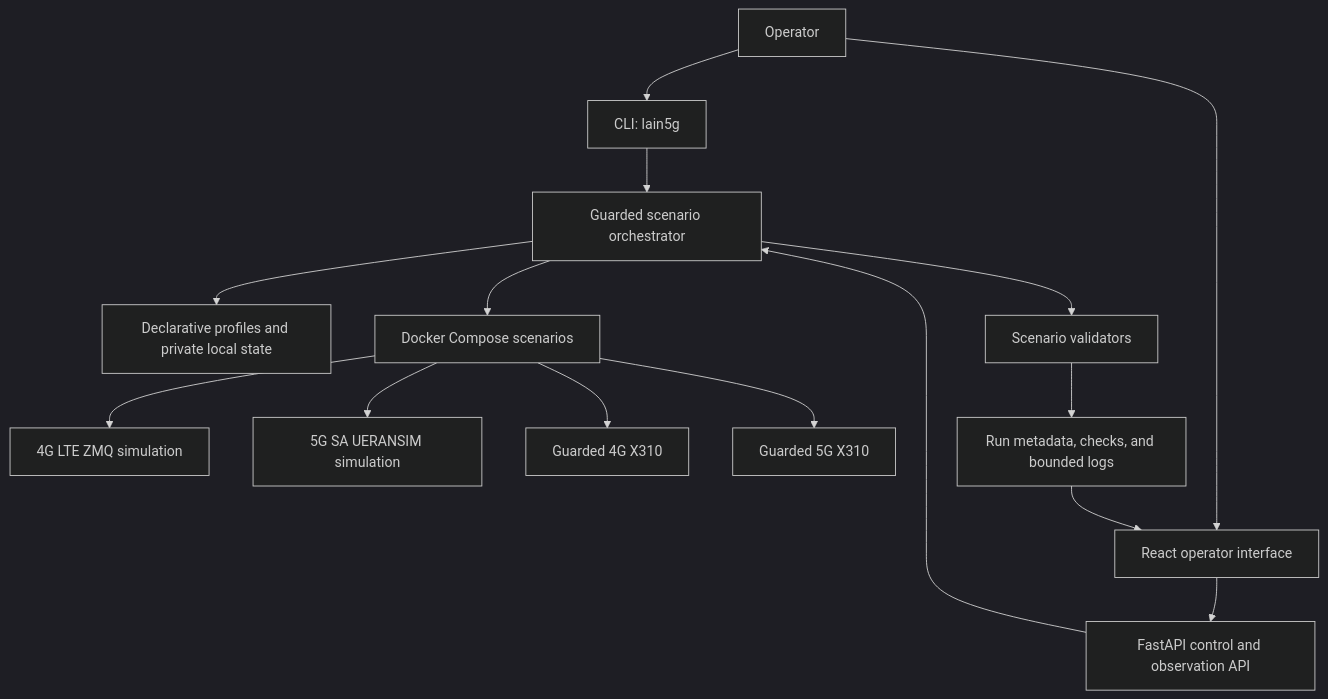
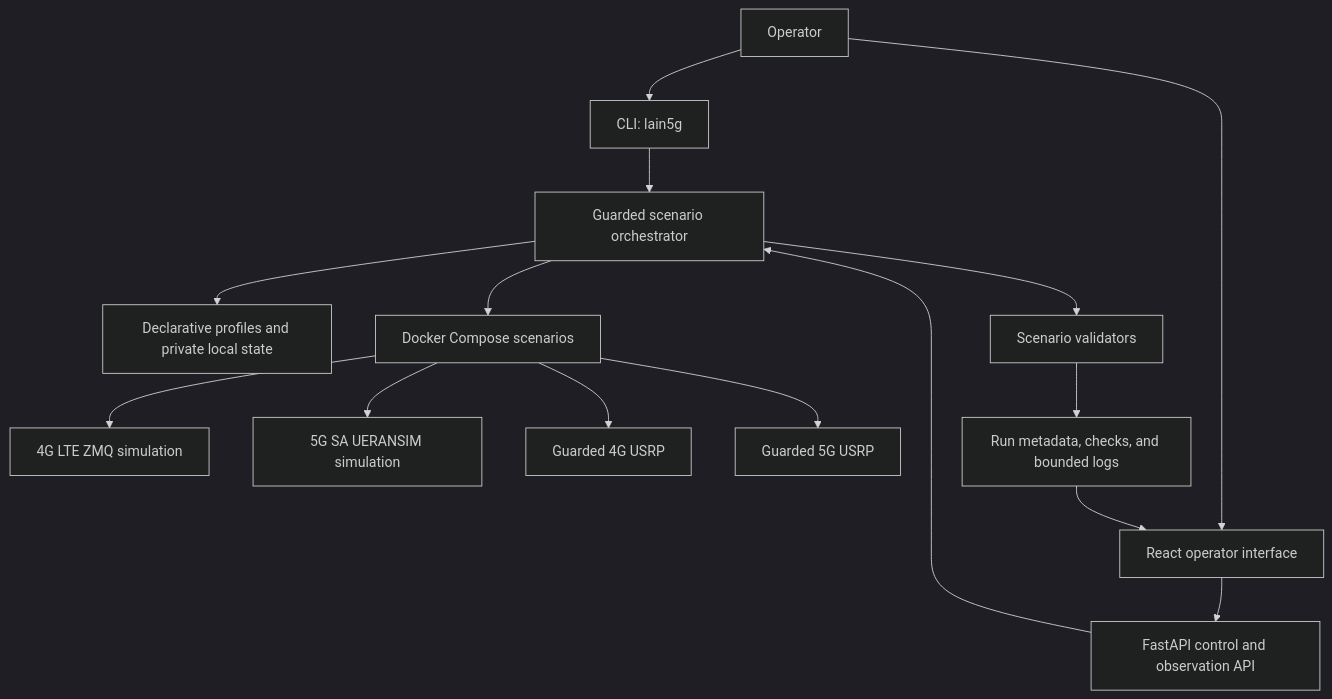
One commit to guallycanazas/Lain5G changed the second of 2 diagrams in README.md. Above: the diagram before and after it, drawn with Mermaid (dark theme). The commit also changed other lines of this file and 6 other files, not shown here.

````diff
--- a/README.md
+++ b/README.md
@@ -160,17 +160,17 @@
 ```mermaid
 flowchart TB
     U[Operator] --> CLI[CLI: lain5g]
     U --> UI[React operator interface]
     UI --> API[FastAPI control and observation API]
     CLI --> O[Guarded scenario orchestrator]
     API --> O
     O --> P[Declarative profiles and private local state]
     O --> C[Docker Compose scenarios]
     C --> S4[4G LTE ZMQ simulation]
     C --> S5[5G SA UERANSIM simulation]
-    C --> R4[Guarded 4G X310]
-    C --> R5[Guarded 5G X310]
+    C --> R4[Guarded 4G USRP]
+    C --> R5[Guarded 5G USRP]
     O --> V[Scenario validators]
     V --> RUNS[Run metadata, checks, and bounded logs]
     RUNS --> UI
 ```
````
